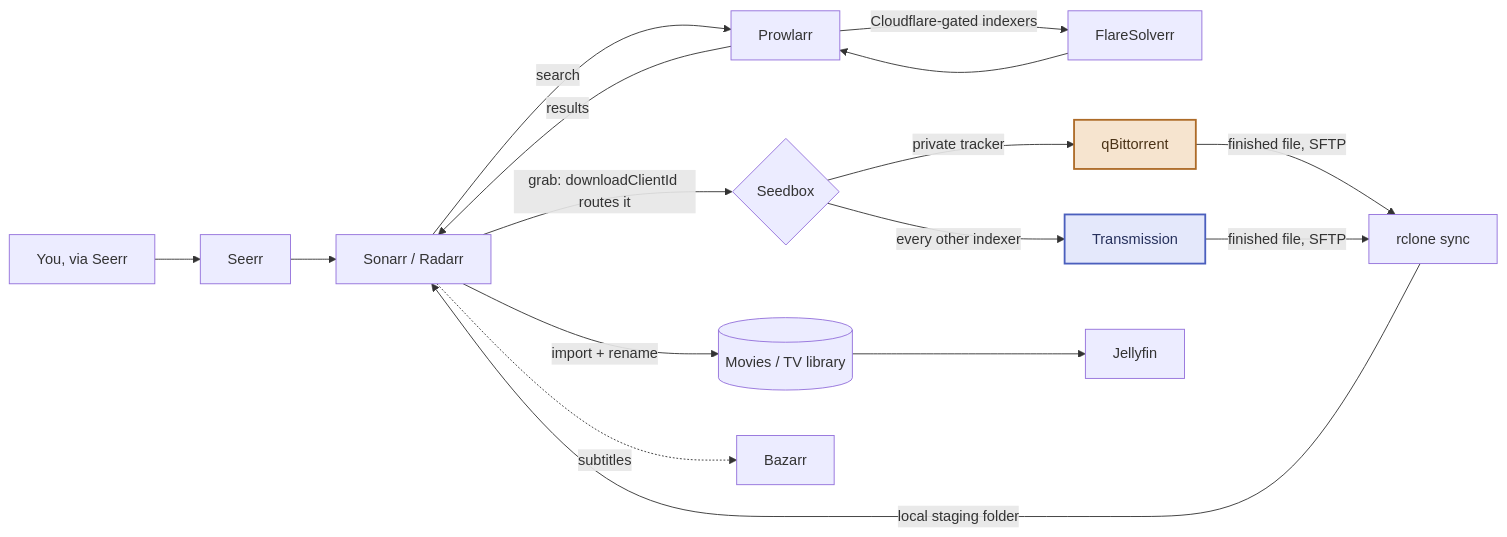
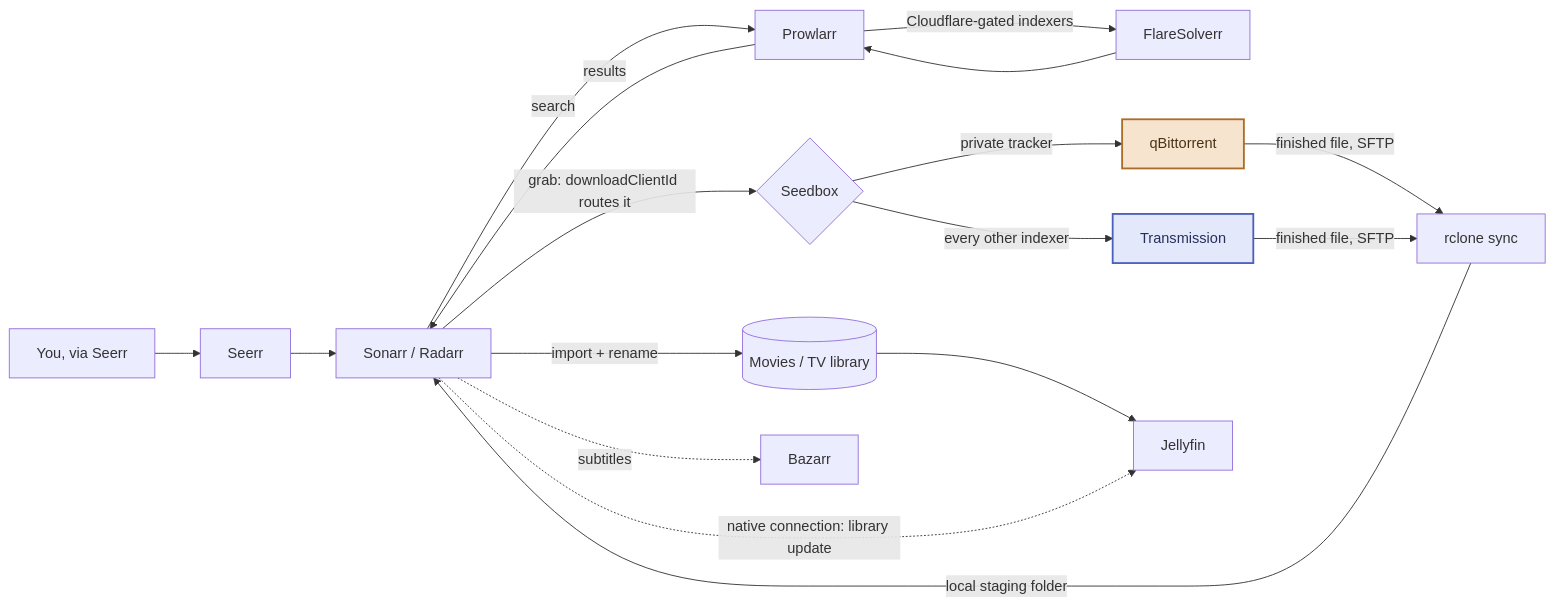
The first of 8 diagrams in ARCHITECTURE.md (daroco/arr-matey), drawn with Mermaid before and after one commit. The commit also changed other lines of this file and 23 other files, not shown here.

````diff
--- a/ARCHITECTURE.md
+++ b/ARCHITECTURE.md
@@ -22,23 +22,24 @@
 ```mermaid
 flowchart LR
     U["You, via Seerr"] --> SR[Seerr]
     SR --> SO["Sonarr / Radarr"]
     SO -->|search| PR[Prowlarr]
     PR -->|"Cloudflare-gated indexers"| FS[FlareSolverr]
     FS --> PR
     PR -->|results| SO
     SO -->|"grab: downloadClientId routes it"| DEC{Seedbox}
     DEC -->|private tracker| QB[qBittorrent]
     DEC -->|every other indexer| TR[Transmission]
     QB -->|"finished file, SFTP"| RC["rclone sync"]
     TR -->|"finished file, SFTP"| RC
     RC -->|local staging folder| SO
     SO -->|import + rename| LIB[("Movies / TV library")]
     LIB --> JF[Jellyfin]
+    SO -.->|"native connection: library update"| JF
     SO -.->|subtitles| BZ[Bazarr]
 
     class QB private
     class TR public
     classDef private fill:#f6e4cf,stroke:#ad6b28,color:#4a3216,stroke-width:2px;
     classDef public fill:#e4e8fb,stroke:#4b5fbd,color:#26305c,stroke-width:2px;
 ```
````
